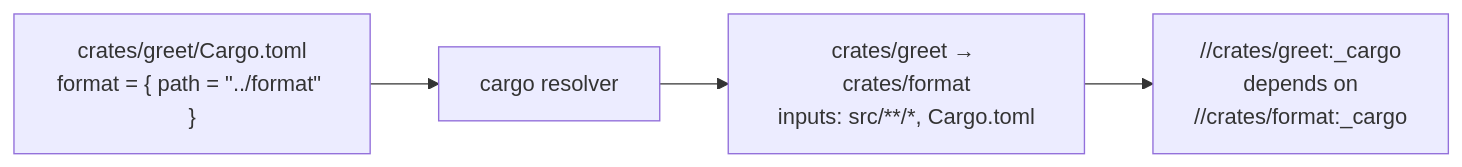
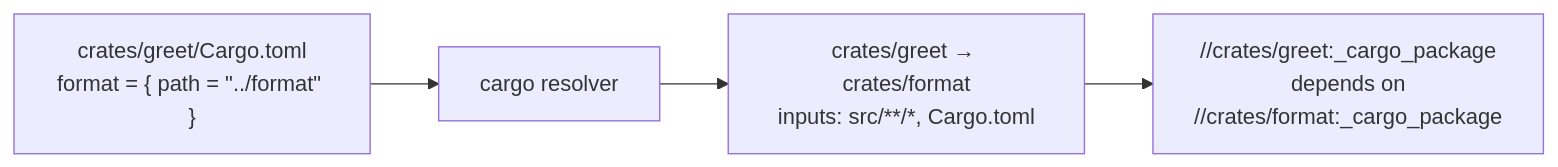
The diagram in docs/src/content/docs/topics/dependency-inference.mdx (chrismatix/grog), drawn with Mermaid before and after one commit. The commit also changed other lines of this file and 1 other file, not shown here.

First line of the commit message:
docs: name synthesized filegroups _<resolver>_package

````diff
--- a/docs/src/content/docs/topics/dependency-inference.mdx
+++ b/docs/src/content/docs/topics/dependency-inference.mdx
@@ -147,6 +147,6 @@
 ```mermaid
 flowchart LR
   M["crates/greet/Cargo.toml<br/>format = { path = &quot;../format&quot; }"] --> P["cargo resolver"]
   P --> E["crates/greet → crates/format<br/>inputs: src/**/*, Cargo.toml"]
-  E --> G["//crates/greet:_cargo<br/>depends on<br/>//crates/format:_cargo"]
+  E --> G["//crates/greet:_cargo_package<br/>depends on<br/>//crates/format:_cargo_package"]
 ```
````
